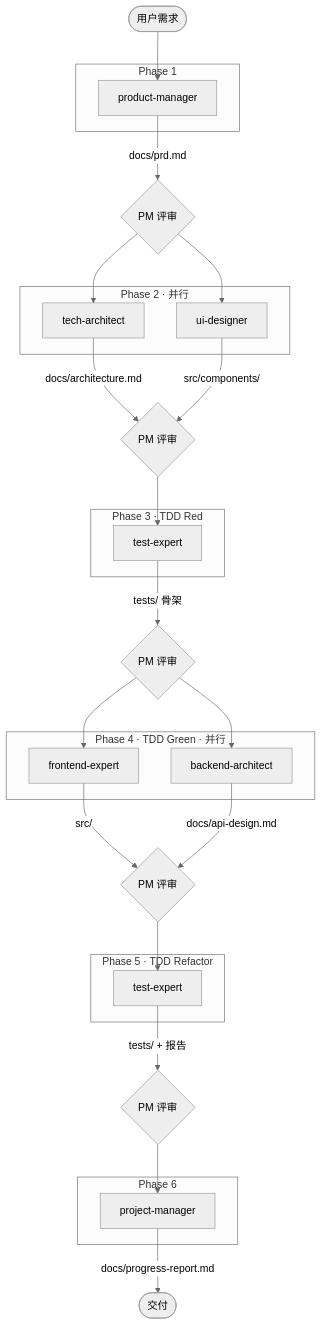
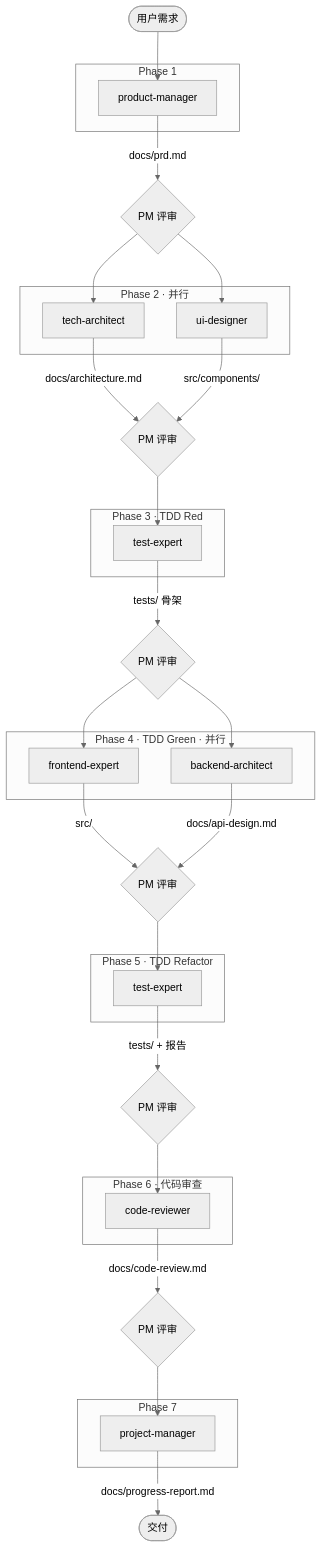
One commit to csh1314/agent-schedule-demo changed the diagram in README.md. Above: the diagram before and after it, drawn with Mermaid (neutral theme). The commit also changed other lines of this file and 7 other files, not shown here.

First line of the commit message:
feat: add code-reviewer agent, pnpm convention and frontend stack update

````diff
--- a/README.md
+++ b/README.md
@@ -16,49 +16,56 @@
 ```mermaid
 graph TD
     User([用户需求]) --> P1
 
     subgraph "Phase 1"
         P1[product-manager]
     end
 
     P1 -->|docs/prd.md| R1{PM 评审}
     R1 --> P2A & P2B
 
     subgraph "Phase 2 · 并行"
         P2A[tech-architect]
         P2B[ui-designer]
     end
 
     P2A -->|docs/architecture.md| R2{PM 评审}
     P2B -->|src/components/| R2
     R2 --> P3
 
     subgraph "Phase 3 · TDD Red"
         P3[test-expert]
     end
 
     P3 -->|tests/ 骨架| R3{PM 评审}
     R3 --> P4A & P4B
 
     subgraph "Phase 4 · TDD Green · 并行"
         P4A[frontend-expert]
         P4B[backend-architect]
     end
 
     P4A -->|src/| R4{PM 评审}
     P4B -->|docs/api-design.md| R4
     R4 --> P5
 
     subgraph "Phase 5 · TDD Refactor"
         P5[test-expert]
     end
 
     P5 -->|tests/ + 报告| R5{PM 评审}
     R5 --> P6
 
-    subgraph "Phase 6"
-        P6[project-manager]
+    subgraph "Phase 6 · 代码审查"
+        P6[code-reviewer]
     end
 
-    P6 -->|docs/progress-report.md| Done([交付])
+    P6 -->|docs/code-review.md| R6{PM 评审}
+    R6 --> P7
+
+    subgraph "Phase 7"
+        P7[project-manager]
+    end
+
+    P7 -->|docs/progress-report.md| Done([交付])
 ```
````
